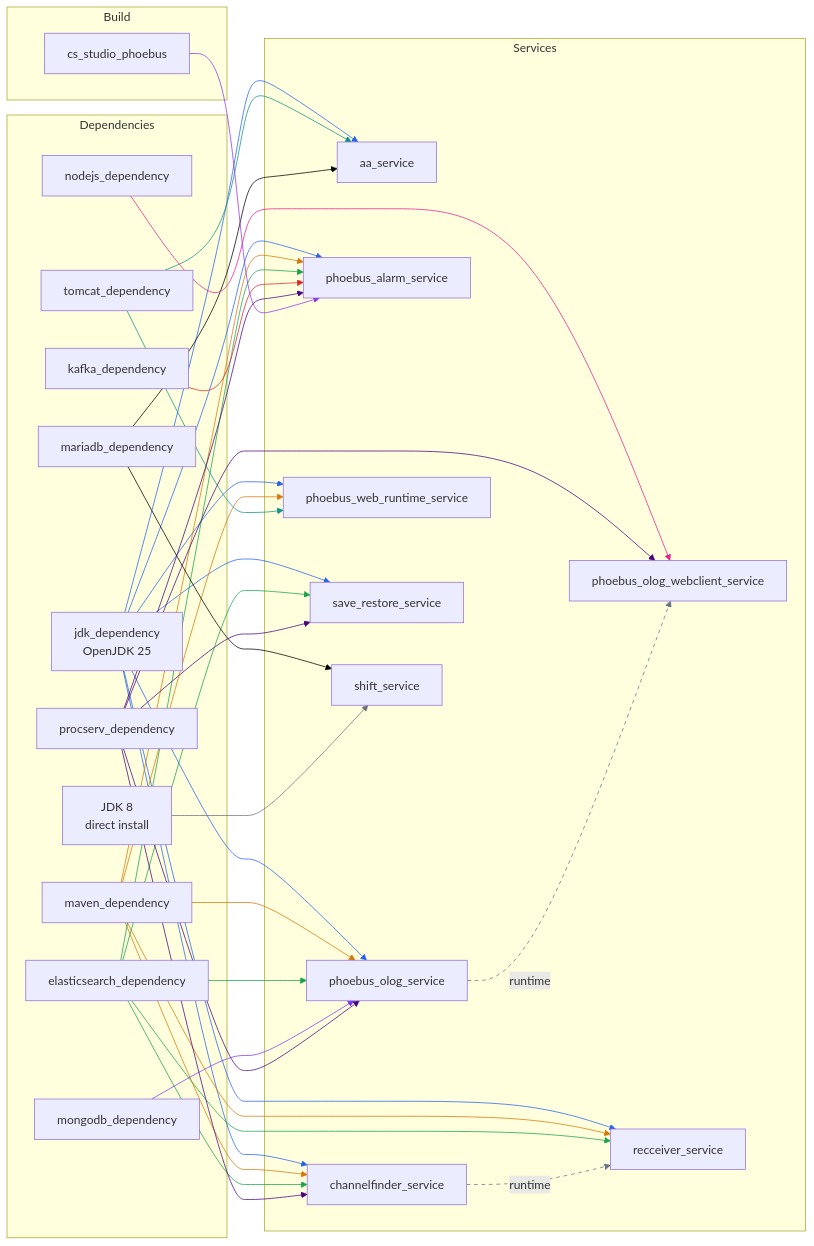
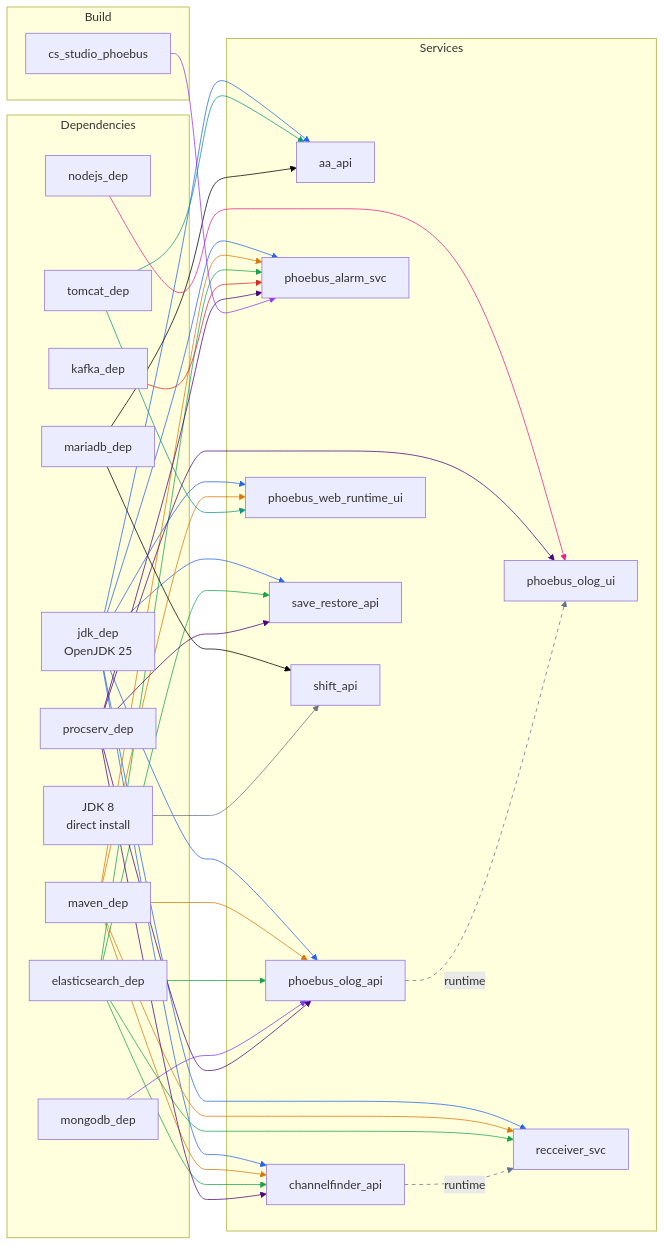
One commit to NSLS2/nsls2.epics_services changed the diagram in README.md. Above: the diagram before and after it, drawn with Mermaid. The commit also changed other lines of this file and 188 other files, not shown here.

````diff
--- a/README.md
+++ b/README.md
@@ -90,15 +90,15 @@
 ```mermaid
 graph LR
     subgraph Dependencies
-        jdk[jdk_dependency<br/>OpenJDK 25]
-        mvn[maven_dependency]
-        es[elasticsearch_dependency]
-        kafka[kafka_dependency]
-        mongo[mongodb_dependency]
-        tomcat[tomcat_dependency]
-        mariadb[mariadb_dependency]
-        nodejs[nodejs_dependency]
-        procserv[procserv_dependency]
+        jdk[jdk_dep<br/>OpenJDK 25]
+        mvn[maven_dep]
+        es[elasticsearch_dep]
+        kafka[kafka_dep]
+        mongo[mongodb_dep]
+        tomcat[tomcat_dep]
+        mariadb[mariadb_dep]
+        nodejs[nodejs_dep]
+        procserv[procserv_dep]
         jdk8[JDK 8<br/>direct install]
     end
 
@@ -107,15 +107,15 @@
     end
 
     subgraph Services
-        aa[aa_service]
-        cf[channelfinder_service]
-        alarm[phoebus_alarm_service]
-        olog[phoebus_olog_service]
-        olog_web[phoebus_olog_webclient_service]
-        webrt[phoebus_web_runtime_service]
-        rec[recceiver_service]
-        savres[save_restore_service]
-        shift[shift_service]
+        aa[aa_api]
+        cf[channelfinder_api]
+        alarm[phoebus_alarm_svc]
+        olog[phoebus_olog_api]
+        olog_web[phoebus_olog_ui]
+        webrt[phoebus_web_runtime_ui]
+        rec[recceiver_svc]
+        savres[save_restore_api]
+        shift[shift_api]
     end
 
     jdk --> aa
````
